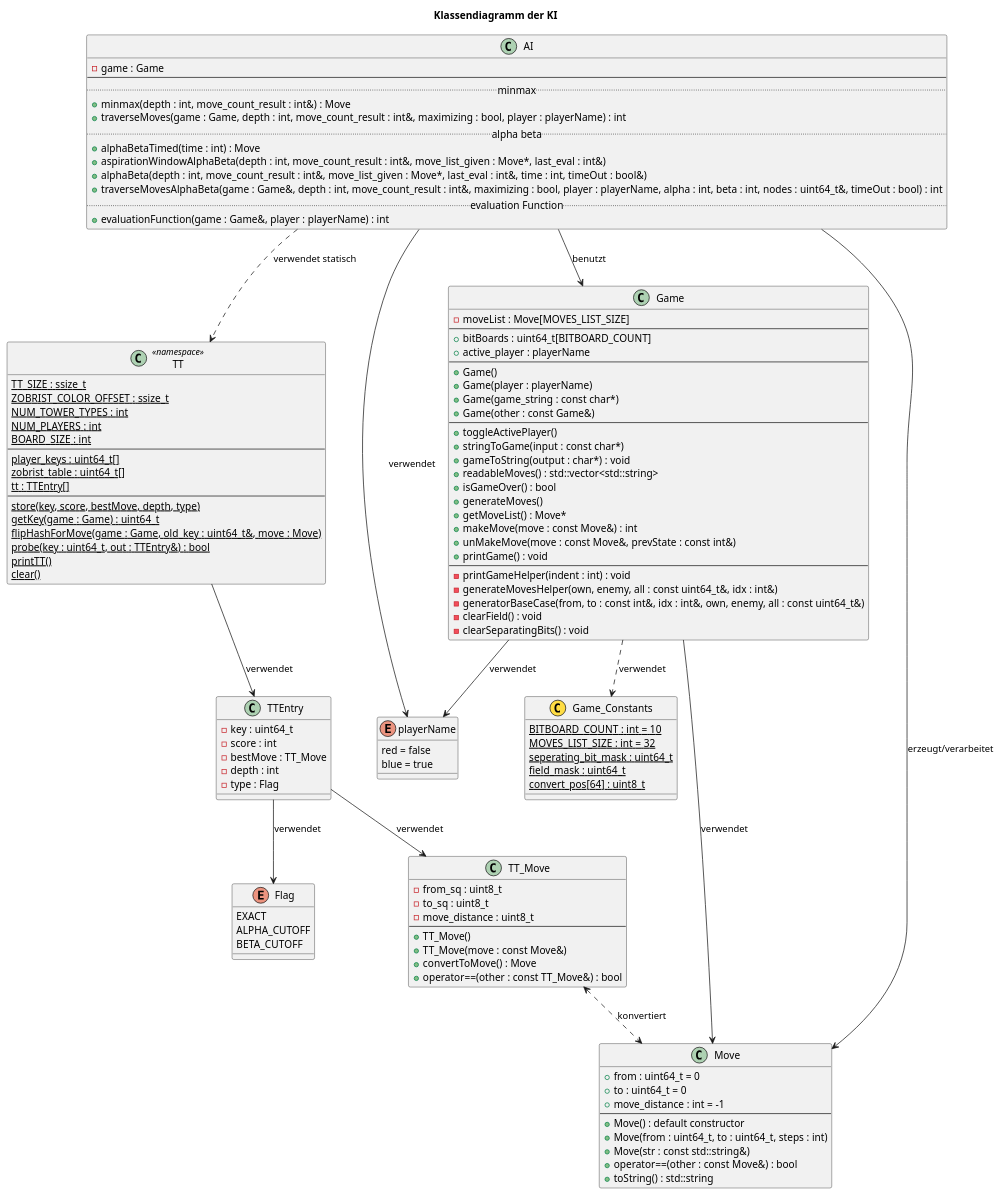
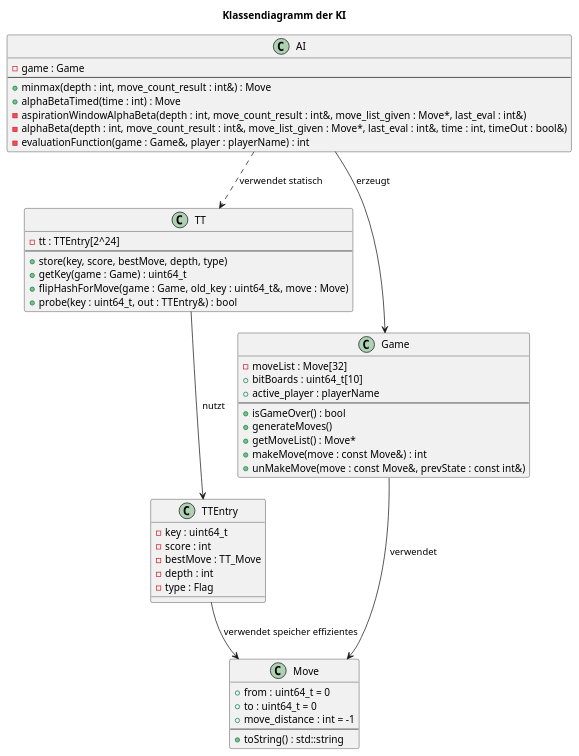
One commit to JoJo149/Projekt_KI changed the diagram in diagram.puml. Above: the diagram before and after it, drawn with PlantUML. The commit also changed 1 other file, not shown here.

Commit message:
remade graph for bericht

```diff
--- a/diagram.puml
+++ b/diagram.puml
@@ -1,140 +1,66 @@
 @startuml projekt-ki
 title Klassendiagramm der KI
 
 class AI {
   - game : Game
   --
-  ..minmax..
   + minmax(depth : int, move_count_result : int&) : Move
-  + traverseMoves(game : Game, depth : int, move_count_result : int&, maximizing : bool, player : playerName) : int
-  ..alpha beta..
   + alphaBetaTimed(time : int) : Move
-  + aspirationWindowAlphaBeta(depth : int, move_count_result : int&, move_list_given : Move*, last_eval : int&)
-  + alphaBeta(depth : int, move_count_result : int&, move_list_given : Move*, last_eval : int&, time : int, timeOut : bool&)
-  + traverseMovesAlphaBeta(game : Game&, depth : int, move_count_result : int&, maximizing : bool, player : playerName, alpha : int, beta : int, nodes : uint64_t&, timeOut : bool) : int
-  ..evaluation Function..
-  + evaluationFunction(game : Game&, player : playerName) : int
-}
-
-' === ENUMS ===
-enum Flag {
-  EXACT
-  ALPHA_CUTOFF
-  BETA_CUTOFF
-}
-
-' === STRUCT: TT_Move ===
-class TT_Move {
-  - from_sq : uint8_t
-  - to_sq : uint8_t
-  - move_distance : uint8_t
-  --
-  + TT_Move()
-  + TT_Move(move : const Move&)
-  + convertToMove() : Move
-  + operator==(other : const TT_Move&) : bool
+  - aspirationWindowAlphaBeta(depth : int, move_count_result : int&, move_list_given : Move*, last_eval : int&)
+  - alphaBeta(depth : int, move_count_result : int&, move_list_given : Move*, last_eval : int&, time : int, timeOut : bool&)
+  - evaluationFunction(game : Game&, player : playerName) : int
 }
 
 ' === STRUCT: TTEntry ===
 class TTEntry {
   - key : uint64_t
   - score : int
   - bestMove : TT_Move
   - depth : int
   - type : Flag
 }
 
 ' === NAMESPACE TT as CLASS ===
-class TT <<namespace>> {
-  {static} TT_SIZE : ssize_t
-  {static} ZOBRIST_COLOR_OFFSET : ssize_t
-  {static} NUM_TOWER_TYPES : int
-  {static} NUM_PLAYERS : int
-  {static} BOARD_SIZE : int
+class TT {
+  - tt : TTEntry[2^24]
   --
-  {static} player_keys : uint64_t[]
-  {static} zobrist_table : uint64_t[]
-  {static} tt : TTEntry[]
-  --
-  {static} store(key, score, bestMove, depth, type)
-  {static} getKey(game : Game) : uint64_t
-  {static} flipHashForMove(game : Game, old_key : uint64_t&, move : Move)
-  {static} probe(key : uint64_t, out : TTEntry&) : bool
-  {static} printTT()
-  {static} clear()
-}
-
-' === ENUMS ===
-enum playerName {
-  red = false
-  blue = true
-}
-
-' === KONSTANTEN ===
-class Game_Constants << (C,#FFDD44) >> {
-  {static} BITBOARD_COUNT : int = 10
-  {static} MOVES_LIST_SIZE : int = 32
-  {static} seperating_bit_mask : uint64_t
-  {static} field_mask : uint64_t
-  {static} convert_pos[64] : uint8_t
+  + store(key, score, bestMove, depth, type)
+  + getKey(game : Game) : uint64_t
+  + flipHashForMove(game : Game, old_key : uint64_t&, move : Move)
+  + probe(key : uint64_t, out : TTEntry&) : bool
 }
 
 ' === KLASSE Game ===
 class Game {
-  - moveList : Move[MOVES_LIST_SIZE]
-  --
-  + bitBoards : uint64_t[BITBOARD_COUNT]
+  - moveList : Move[32]
+  + bitBoards : uint64_t[10]
   + active_player : playerName
   --
-  + Game()
-  + Game(player : playerName)
-  + Game(game_string : const char*)
-  + Game(other : const Game&)
-  --
-  + toggleActivePlayer()
-  + stringToGame(input : const char*)
-  + gameToString(output : char*) : void
-  + readableMoves() : std::vector<std::string>
   + isGameOver() : bool
   + generateMoves()
   + getMoveList() : Move*
   + makeMove(move : const Move&) : int
   + unMakeMove(move : const Move&, prevState : const int&)
-  + printGame() : void
-  --
-  - printGameHelper(indent : int) : void
-  - generateMovesHelper(own, enemy, all : const uint64_t&, idx : int&)
-  - generatorBaseCase(from, to : const int&, idx : int&, own, enemy, all : const uint64_t&)
-  - clearField() : void
-  - clearSeparatingBits() : void
 }
 
 
 class Move {
   + from : uint64_t = 0
   + to : uint64_t = 0
   + move_distance : int = -1
   --
-  + Move() : default constructor
-  + Move(from : uint64_t, to : uint64_t, steps : int)
-  + Move(str : const std::string&)
-  + operator==(other : const Move&) : bool
   + toString() : std::string
 }
 
 ' === RELATIONSHIPS ===
+AI --> Game : erzeugt
 Game --> Move : verwendet
-Game --> playerName : verwendet
-Game ..> Game_Constants : verwendet
 
 AI ..> TT : verwendet statisch
-TTEntry --> TT_Move : verwendet
-TT_Move <..> Move : konvertiert
-TT --> TTEntry : verwendet
-TTEntry --> Flag : verwendet
+TT --> TTEntry : nutzt
+TTEntry --> Move : verwendet speicher effizientes
 
-AI --> Game : benutzt
-AI --> Move : erzeugt/verarbeitet
-AI --> playerName : verwendet
+
+
 
 @enduml
```
